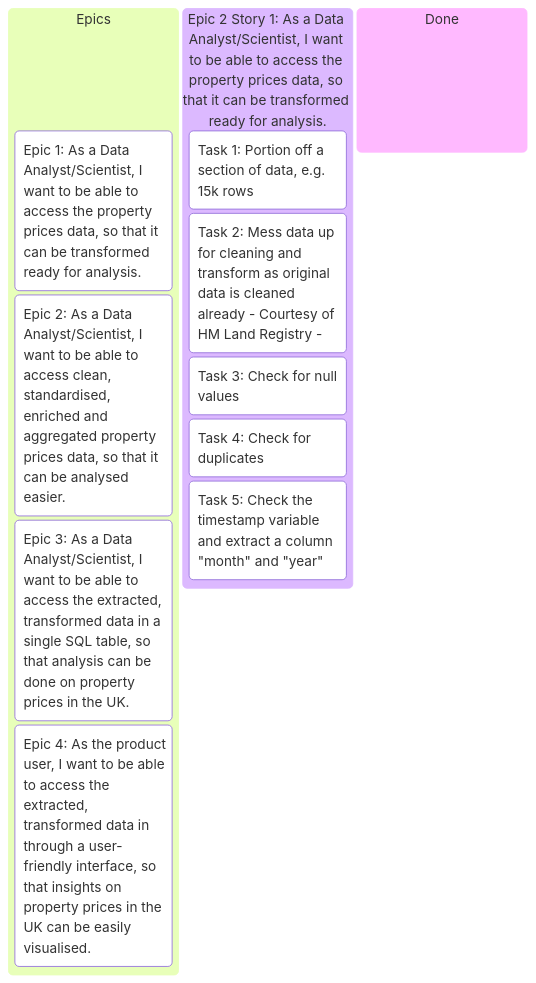
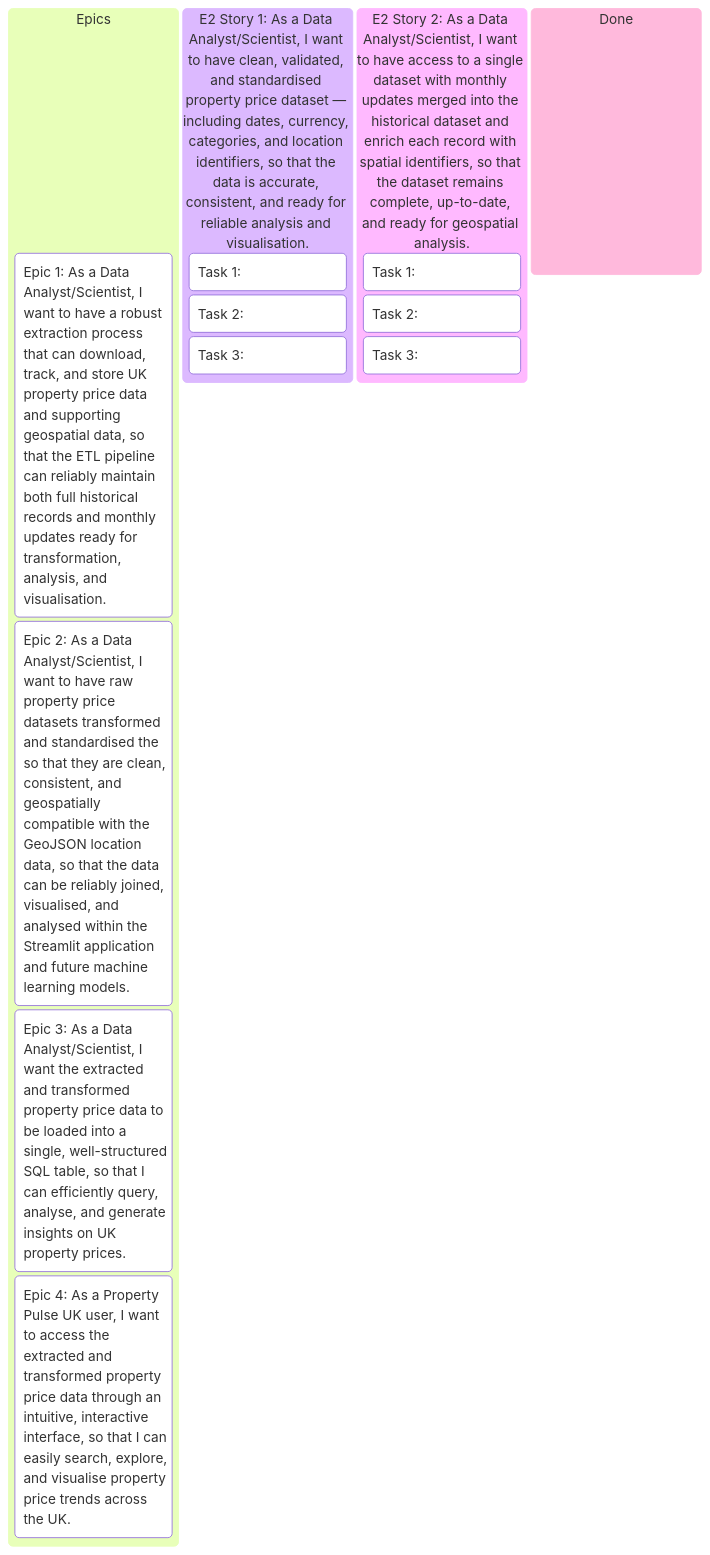
Before and after one commit to pavlekovic/property-pulse-uk: the second of 2 diagrams in README.md, drawn with Mermaid. The commit also changed other lines of this file, not shown here.

````diff
--- a/README.md
+++ b/README.md
@@ -133,16 +204,24 @@
 ```mermaid
 kanban
     Epics
-        (Epic 1: As a Data Analyst/Scientist, I want to be able to access the property prices data, so that it can be transformed ready for analysis.)
-        (Epic 2: As a Data Analyst/Scientist, I want to be able to access clean, standardised, enriched and aggregated property prices data, so that it can be analysed easier.)
-        (Epic 3: As a Data Analyst/Scientist, I want to be able to access the extracted, transformed data in a single SQL table, so that analysis can be done on property prices in the UK.)
-        (Epic 4: As the product user, I want to be able to access the extracted, transformed data in through a user-friendly interface, so that insights on property prices in the UK can be easily visualised.)
-    (Epic 2 Story 1: As a Data Analyst/Scientist, I want to be able to access the property prices data, so that it can be transformed ready for analysis.)
-        Task 1: Portion off a section of data, e.g. 15k rows
-        Task 2: Mess data up for cleaning and transform as original data is cleaned already - Courtesy of HM Land Registry -
-        Task 3: Check for null values
-        Task 4: Check for duplicates
-        Task 5: Check the timestamp variable and extract a column "month" and "year"
+        (Epic 1: As a Data Analyst/Scientist, I want to have a robust extraction process that can download, track, and store UK property price data and supporting geospatial data, so that the ETL pipeline can reliably maintain both full historical records and monthly updates ready for transformation, analysis, and visualisation.)
+
+        (Epic 2: As a Data Analyst/Scientist, I want to have raw property price datasets transformed and standardised the so that they are clean, consistent, and geospatially compatible with the GeoJSON location data, so that the data can be reliably joined, visualised, and analysed within the Streamlit application and future machine learning models.)
+
+        (Epic 3: As a Data Analyst/Scientist, I want the extracted and transformed property price data to be loaded into a single, well-structured SQL table, so that I can efficiently query, analyse, and generate insights on UK property prices.)
+
+        (Epic 4: As a Property Pulse UK user, I want to access the extracted and transformed property price data through an intuitive, interactive interface, so that I can easily search, explore, and visualise property price trends across the UK.)
+
+    (E2 Story 1: As a Data Analyst/Scientist, I want to have clean, validated, and standardised property price dataset — including dates, currency, categories, and location identifiers, so that the data is accurate, consistent, and ready for reliable analysis and visualisation.)
+        Task 1:
+        Task 2:
+        Task 3:
+
+    (E2 Story 2: As a Data Analyst/Scientist, I want to have access to a single dataset with monthly updates merged into the historical dataset and enrich each record with spatial identifiers, so that the dataset remains complete, up-to-date, and ready for geospatial analysis.)
+        Task 1:
+        Task 2:
+        Task 3:
+
     Done
         
 ```
````
